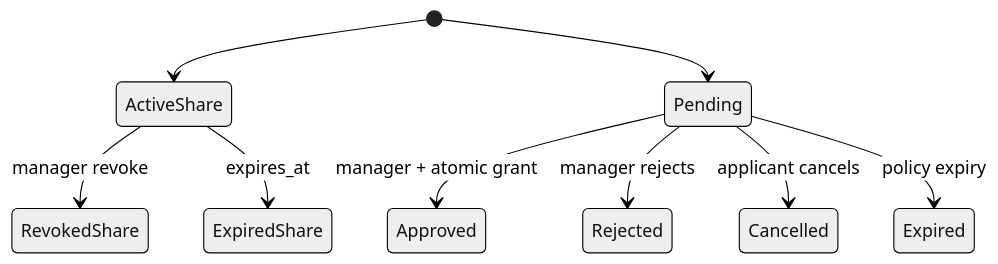
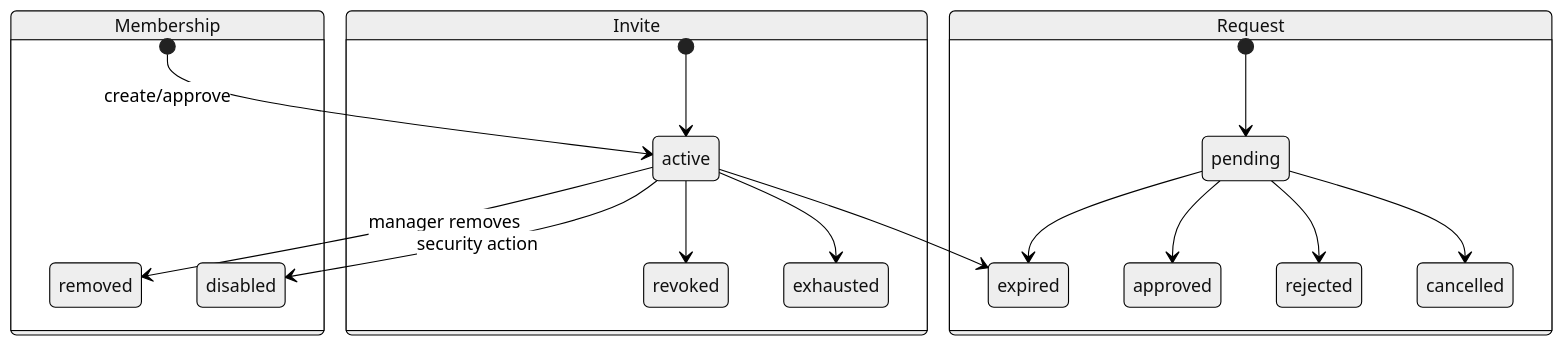
One commit to wangyu-bytedance/push_kids changed the fifth of 6 diagrams in specs/active/FEAT-002-USER-FAMILY-BINDING.md. Above: the diagram before and after it, drawn with Mermaid (neutral theme). The commit also changed other lines of this file and 217 other files, not shown here.

````diff
--- a/specs/active/FEAT-002-USER-FAMILY-BINDING.md
+++ b/specs/active/FEAT-002-USER-FAMILY-BINDING.md
@@ -269,11 +201,21 @@
 ```mermaid
 stateDiagram-v2
-  [*] --> ActiveShare
-  ActiveShare --> RevokedShare: manager revoke
-  ActiveShare --> ExpiredShare: expires_at
-  [*] --> Pending
-  Pending --> Approved: manager + atomic grant
-  Pending --> Rejected: manager rejects
-  Pending --> Cancelled: applicant cancels
-  Pending --> Expired: policy expiry
+  state Membership {
+    [*] --> active: create/approve
+    active --> removed: manager removes
+    active --> disabled: security action
+  }
+  state Invite {
+    [*] --> active
+    active --> expired
+    active --> revoked
+    active --> exhausted
+  }
+  state Request {
+    [*] --> pending
+    pending --> approved
+    pending --> rejected
+    pending --> cancelled
+    pending --> expired
+  }
 ```
````
